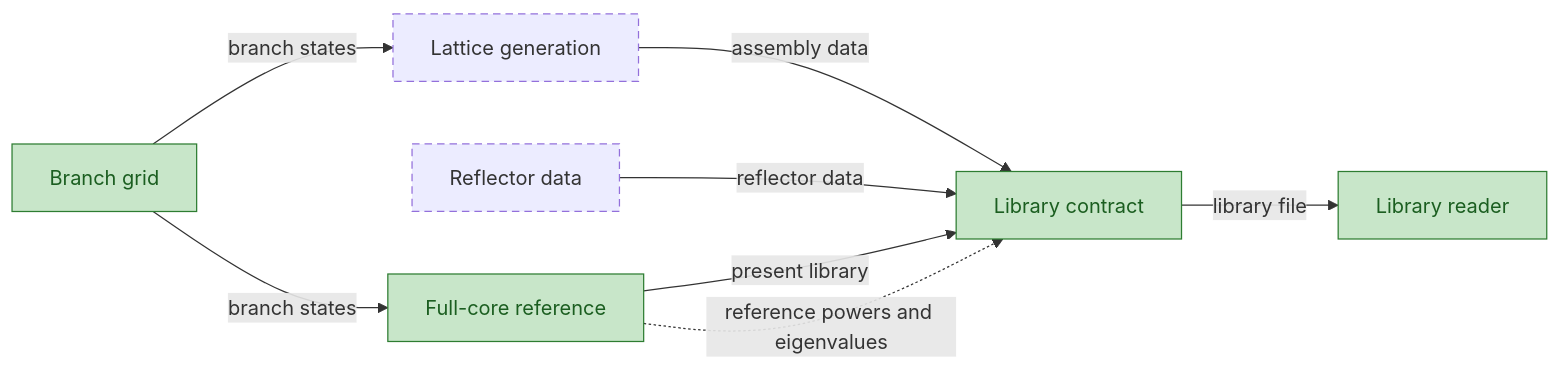
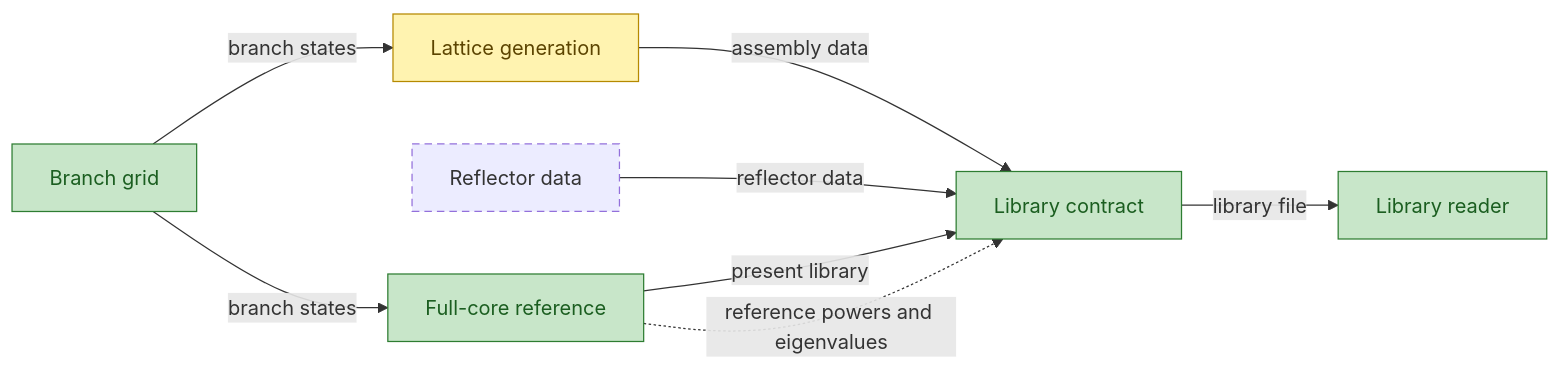
The fourth of 15 diagrams in Planning/DBC/CONCEPTS.md (aurja130/URUS), drawn with Mermaid before and after one commit. The commit also changed other lines of this file and 4 other files, not shown here.

````diff
--- a/Planning/DBC/CONCEPTS.md
+++ b/Planning/DBC/CONCEPTS.md
@@ -105,16 +106,17 @@
 ```mermaid
 flowchart LR
 classDef implemented fill:#c8e6c9,stroke:#2e7d32,color:#1b5e20
 classDef partial fill:#fff3b0,stroke:#b58900,color:#5c4400
 classDef planned stroke-dasharray:6 4
 classDef external fill:#eeeeee,stroke:#9e9e9e,stroke-dasharray:1 3,color:#616161
 BranchGrid["Branch grid"] -->|branch states| LatticeGeneration["Lattice generation"]
 BranchGrid -->|branch states| FullCoreReference["Full-core reference"]
 LatticeGeneration -->|assembly data| LibraryContract["Library contract"]
 ReflectorData["Reflector data"] -->|reflector data| LibraryContract
 FullCoreReference -->|present library| LibraryContract
 FullCoreReference -.->|reference powers and eigenvalues| LibraryContract
 LibraryContract -->|library file| LibraryReader["Library reader"]
 class BranchGrid,FullCoreReference,LibraryContract,LibraryReader implemented
-class LatticeGeneration,ReflectorData planned
+class LatticeGeneration partial
+class ReflectorData planned
 ```
````
